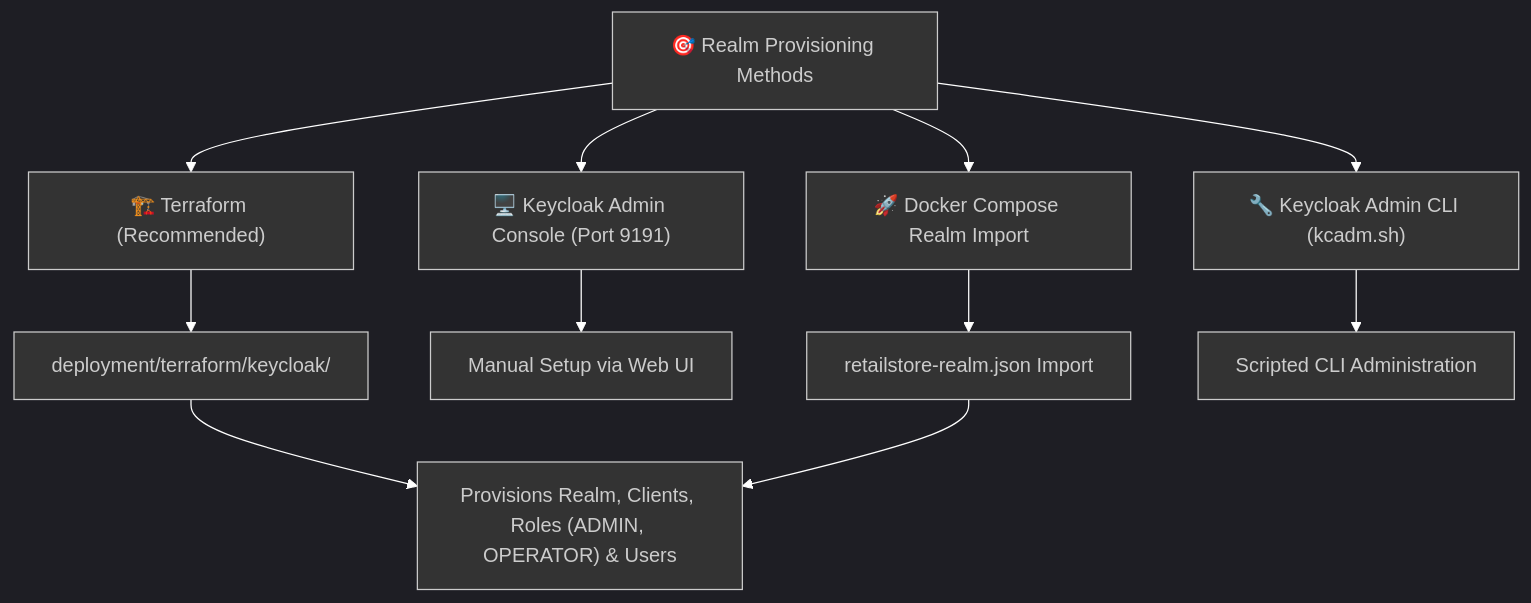
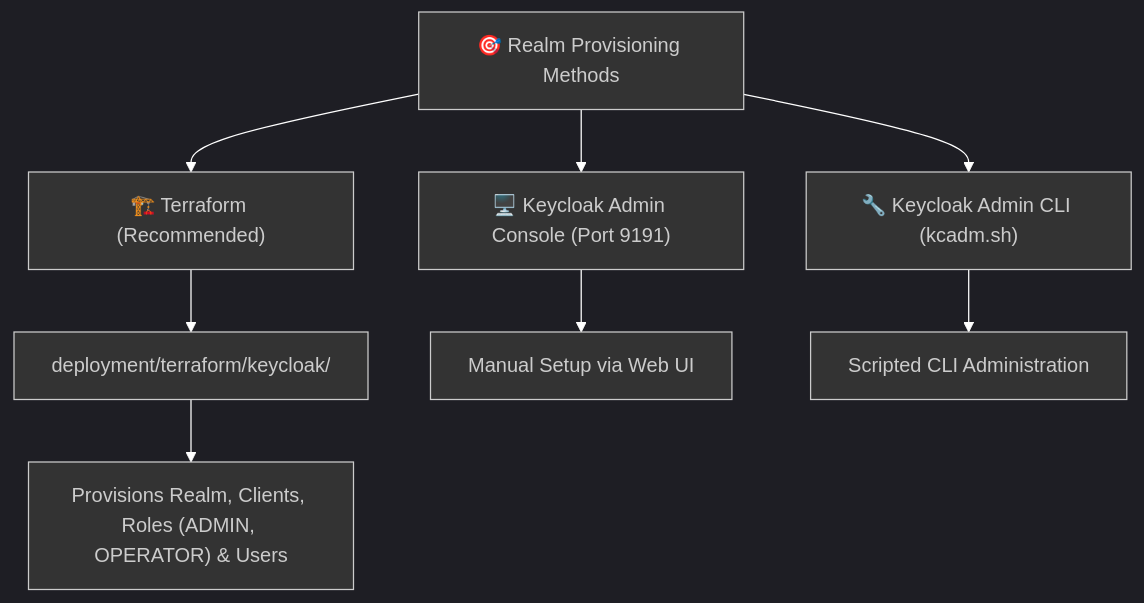
Before and after one commit to rajadilipkolli/spring-boot-microservices-series-v2: the first of 4 diagrams in retail-store-webapp/Keycloak-Realm-Configuration-Explained.md, drawn with Mermaid. The commit also changed other lines of this file and 5 other files, not shown here.

````diff
--- a/retail-store-webapp/Keycloak-Realm-Configuration-Explained.md
+++ b/retail-store-webapp/Keycloak-Realm-Configuration-Explained.md
@@ -13,16 +13,13 @@
 ```mermaid
 %%{init: {'theme':'dark', 'themeVariables': {'primaryColor': '#333333', 'primaryTextColor': '#ffffff', 'primaryBorderColor': '#ffffff', 'lineColor': '#ffffff', 'secondaryColor': '#444444', 'tertiaryColor': '#555555', 'background': '#000000', 'mainBkg': '#333333', 'secondBkg': '#444444', 'tertiaryBkg': '#555555'}}}%%
 flowchart TD
     A["🎯 Realm Provisioning Methods"] --> B["🏗️ Terraform (Recommended)"]
     A --> C["🖥️ Keycloak Admin Console (Port 9191)"]
-    A --> D["🚀 Docker Compose Realm Import"]
     A --> E["🔧 Keycloak Admin CLI (kcadm.sh)"]
     
     B --> F["deployment/terraform/keycloak/"]
     C --> G["Manual Setup via Web UI"]
-    D --> H["retailstore-realm.json Import"]
     E --> I["Scripted CLI Administration"]
     
     F --> J["Provisions Realm, Clients, Roles (ADMIN, OPERATOR) & Users"]
-    H --> J
 ```
````
